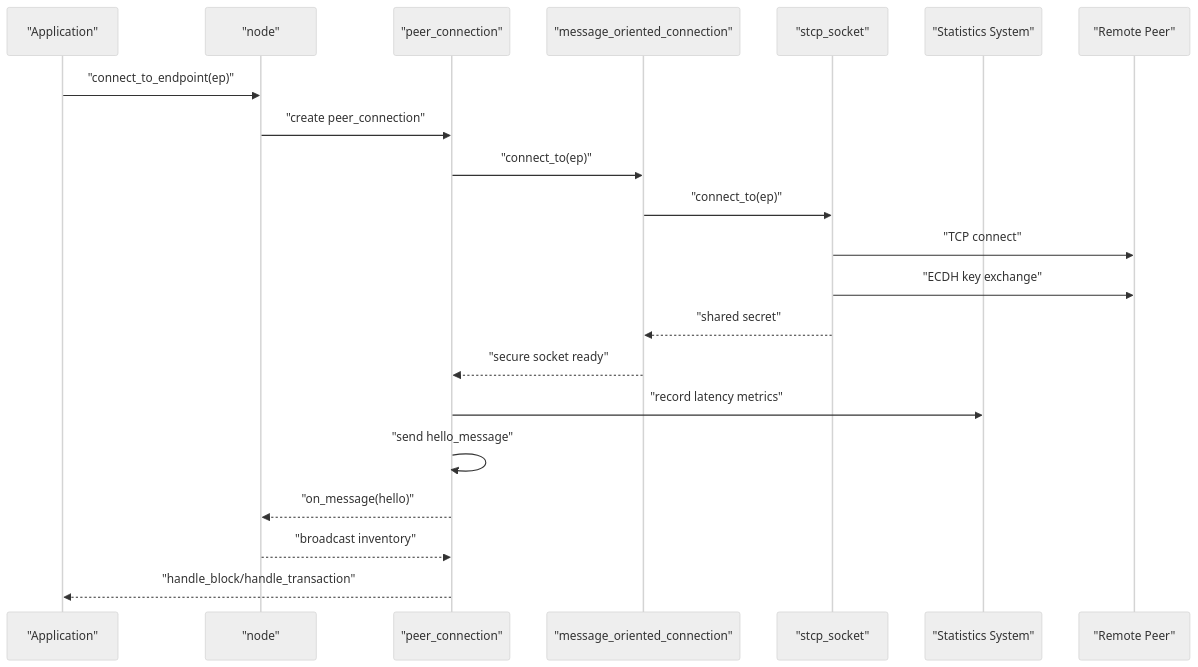
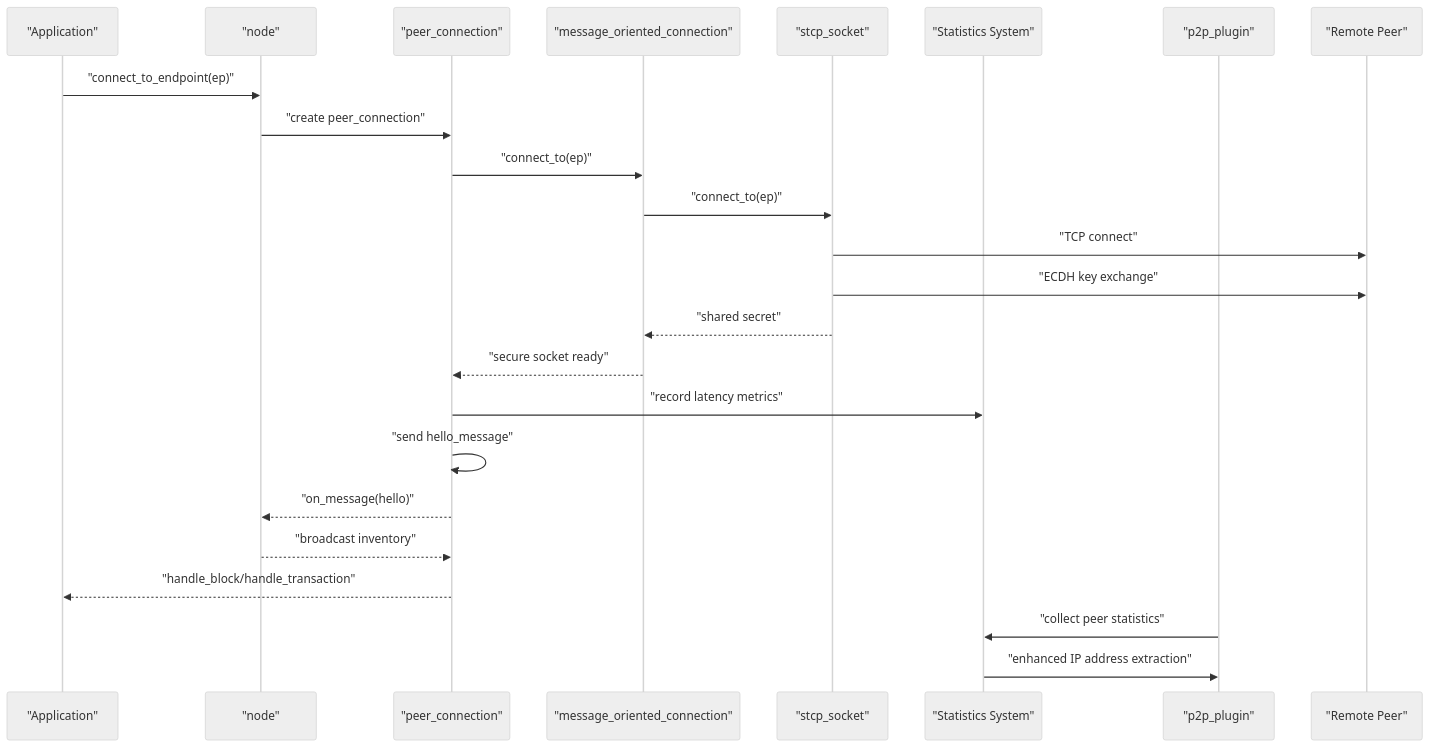
The second of 12 diagrams in .qoder/repowiki/en/content/Architecture Overview/Core Libraries/Network Library/Network Library.md (VIZ-Blockchain/viz-cpp-node), drawn with Mermaid (neutral theme) before and after one commit. The commit also changed other lines of this file and 6 other files, not shown here.

````diff
--- a/.qoder/repowiki/en/content/Architecture Overview/Core Libraries/Network Library/Network Library.md
+++ b/.qoder/repowiki/en/content/Architecture Overview/Core Libraries/Network Library/Network Library.md
@@ -127,23 +135,26 @@
 ```mermaid
 sequenceDiagram
 participant App as "Application"
 participant Node as "node"
 participant Peer as "peer_connection"
 participant MOC as "message_oriented_connection"
 participant STCP as "stcp_socket"
 participant Stats as "Statistics System"
+participant P2P as "p2p_plugin"
 participant Net as "Remote Peer"
 App->>Node : "connect_to_endpoint(ep)"
 Node->>Peer : "create peer_connection"
 Peer->>MOC : "connect_to(ep)"
 MOC->>STCP : "connect_to(ep)"
 STCP->>Net : "TCP connect"
 STCP->>Net : "ECDH key exchange"
 STCP-->>MOC : "shared secret"
 MOC-->>Peer : "secure socket ready"
 Peer->>Stats : "record latency metrics"
 Peer->>Peer : "send hello_message"
 Peer-->>Node : "on_message(hello)"
 Node-->>Peer : "broadcast inventory"
 Peer-->>App : "handle_block/handle_transaction"
+P2P->>Stats : "collect peer statistics"
+Stats->>P2P : "enhanced IP address extraction"
 ```
````
